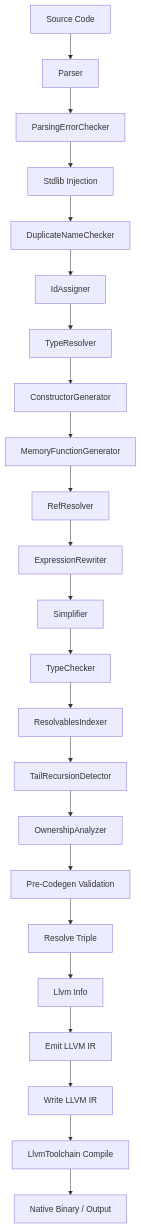
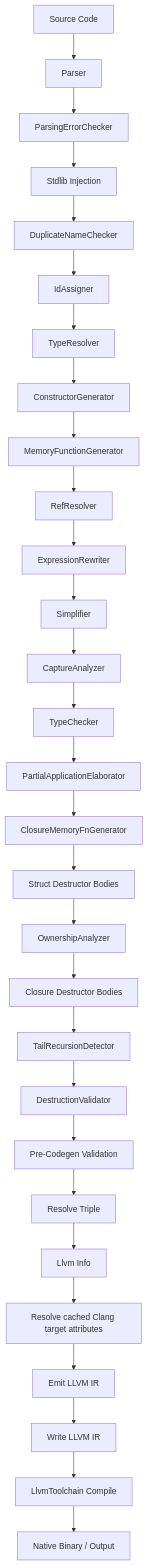
The diagram in docs/design/compiler-design.md (fedesilva/minnieml), drawn with Mermaid before and after one commit. The commit also changed other lines of this file and 858 other files, not shown here.

````diff
--- a/docs/design/compiler-design.md
+++ b/docs/design/compiler-design.md
@@ -824,25 +1645,31 @@
 ```mermaid
 flowchart TD
     Source[Source Code] --> Parse[Parser]
     Parse --> PEC[ParsingErrorChecker]
     PEC --> Inject[Stdlib Injection]
     Inject --> DNC[DuplicateNameChecker]
     DNC --> IDA[IdAssigner]
     IDA --> TR[TypeResolver]
     TR --> CG[ConstructorGenerator]
     CG --> MFG[MemoryFunctionGenerator]
     MFG --> RR[RefResolver]
     RR --> ER[ExpressionRewriter]
     ER --> S[Simplifier]
-    S --> TC[TypeChecker]
-    TC --> RI[ResolvablesIndexer]
-    RI --> TRD[TailRecursionDetector]
-    TRD --> OA[OwnershipAnalyzer]
-    OA --> VAL[Pre-Codegen Validation]
+    S --> CA[CaptureAnalyzer]
+    CA --> TC[TypeChecker]
+    TC --> PAP[PartialApplicationElaborator]
+    PAP --> CMG[ClosureMemoryFnGenerator]
+    CMG --> SD[Struct Destructor Bodies]
+    SD --> OA[OwnershipAnalyzer]
+    OA --> DB[Closure Destructor Bodies]
+    DB --> TRD[TailRecursionDetector]
+    TRD --> DV[DestructionValidator]
+    DV --> VAL[Pre-Codegen Validation]
     VAL --> RT[Resolve Triple]
     RT --> LI[Llvm Info]
-    LI --> EM[Emit LLVM IR]
+    LI --> TA[Resolve cached Clang target attributes]
+    TA --> EM[Emit LLVM IR]
     EM --> WI[Write LLVM IR]
     WI --> TOOL[LlvmToolchain Compile]
     TOOL --> Binary[Native Binary / Output]
 ```
````
